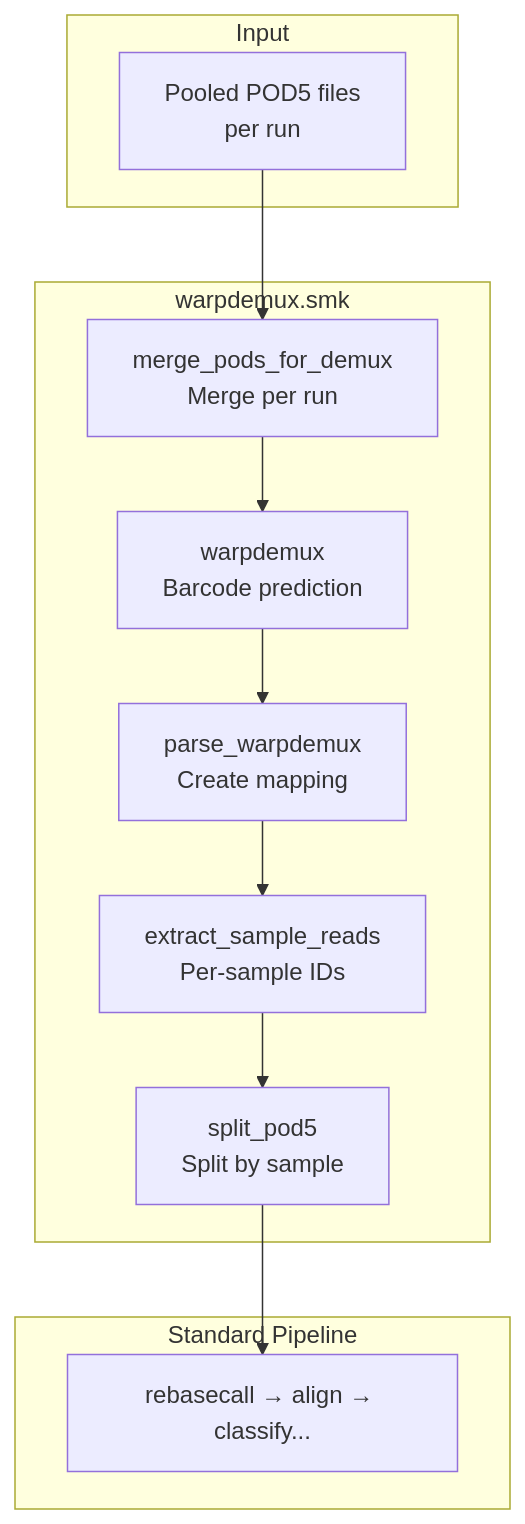
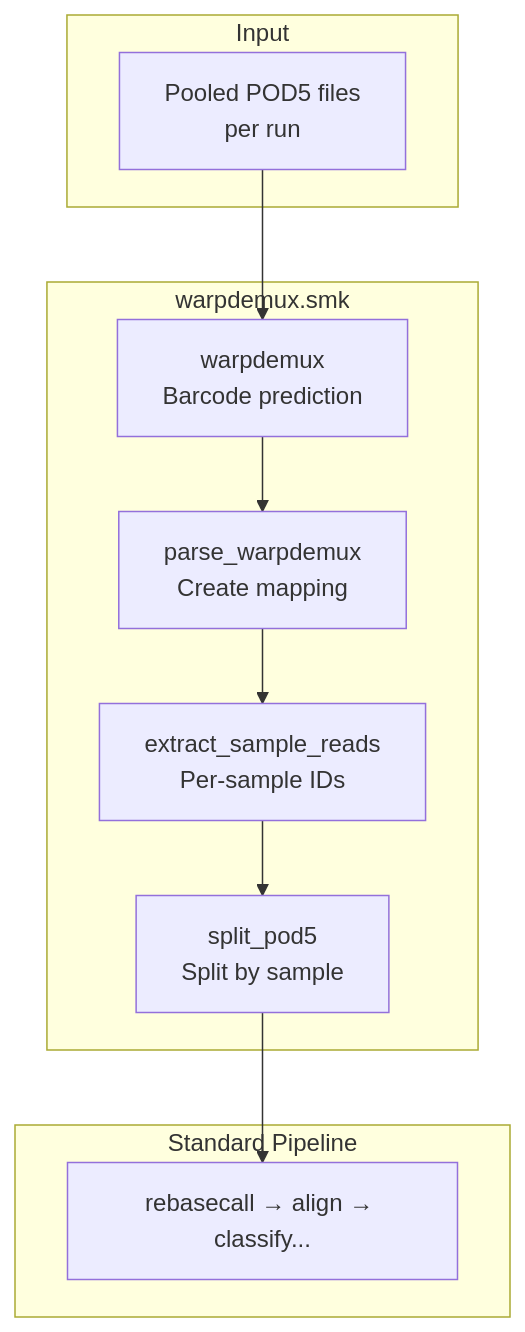
The third of 3 diagrams in docs/workflow/overview.md (rnabioco/aa-tRNA-seq-pipeline), drawn with Mermaid before and after one commit. The commit also changed other lines of this file and 8 other files, not shown here.

First line of the commit message:
feat: eliminate merge_pods_for_demux from WarpDemuX workflow

````diff
--- a/docs/workflow/overview.md
+++ b/docs/workflow/overview.md
@@ -81,20 +81,19 @@
 ```mermaid
 flowchart TB
     subgraph Input
         A[Pooled POD5 files<br/>per run]
     end
 
     subgraph Demux[warpdemux.smk]
-        B[merge_pods_for_demux<br/>Merge per run]
-        C[warpdemux<br/>Barcode prediction]
-        D[parse_warpdemux<br/>Create mapping]
-        E[extract_sample_reads<br/>Per-sample IDs]
-        F[split_pod5<br/>Split by sample]
+        B[warpdemux<br/>Barcode prediction]
+        C[parse_warpdemux<br/>Create mapping]
+        D[extract_sample_reads<br/>Per-sample IDs]
+        E[split_pod5<br/>Split by sample]
     end
 
     subgraph Standard[Standard Pipeline]
-        G[rebasecall → align → classify...]
+        F[rebasecall → align → classify...]
     end
 
-    A --> B --> C --> D --> E --> F --> G
+    A --> B --> C --> D --> E --> F
 ```
````
